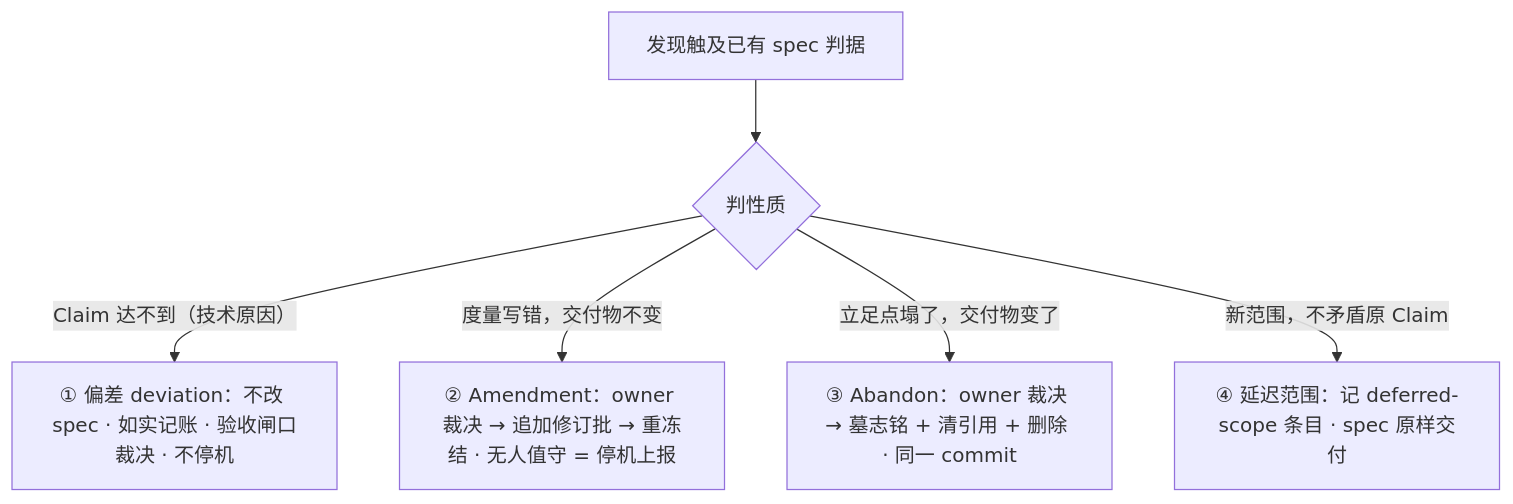
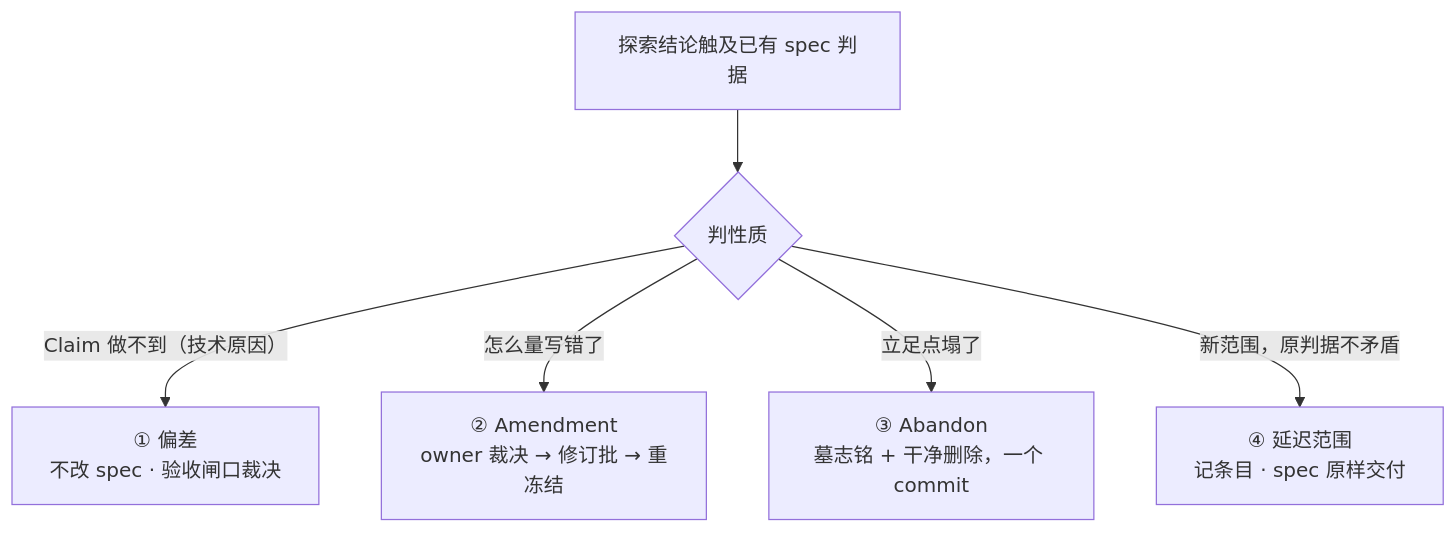
The third of 8 diagrams in README.md (nightBrise/sci-spec-loop-skill), drawn with Mermaid before and after one commit. The commit also changed other lines of this file and 8 other files, not shown here.

````diff
--- a/README.md
+++ b/README.md
@@ -83,8 +48,8 @@
 ```mermaid
 flowchart TD
-    TRIG["发现触及已有 spec 判据"] --> J{"判性质"}
-    J -->|"Claim 达不到（技术原因）"| D1["① 偏差 deviation：不改 spec · 如实记账 · 验收闸口裁决 · 不停机"]
-    J -->|"度量写错，交付物不变"| D2["② Amendment：owner 裁决 → 追加修订批 → 重冻结 · 无人值守 = 停机上报"]
-    J -->|"立足点塌了，交付物变了"| D3["③ Abandon：owner 裁决 → 墓志铭 + 清引用 + 删除 · 同一 commit"]
-    J -->|"新范围，不矛盾原 Claim"| D4["④ 延迟范围：记 deferred-scope 条目 · spec 原样交付"]
+    F["探索结论触及已有 spec 判据"] --> J{"判性质"}
+    J -->|"Claim 做不到（技术原因）"| C1["① 偏差<br/>不改 spec · 验收闸口裁决"]
+    J -->|"怎么量写错了"| C2["② Amendment<br/>owner 裁决 → 修订批 → 重冻结"]
+    J -->|"立足点塌了"| C3["③ Abandon<br/>墓志铭 + 干净删除，一个 commit"]
+    J -->|"新范围，原判据不矛盾"| C4["④ 延迟范围<br/>记条目 · spec 原样交付"]
 ```
````
